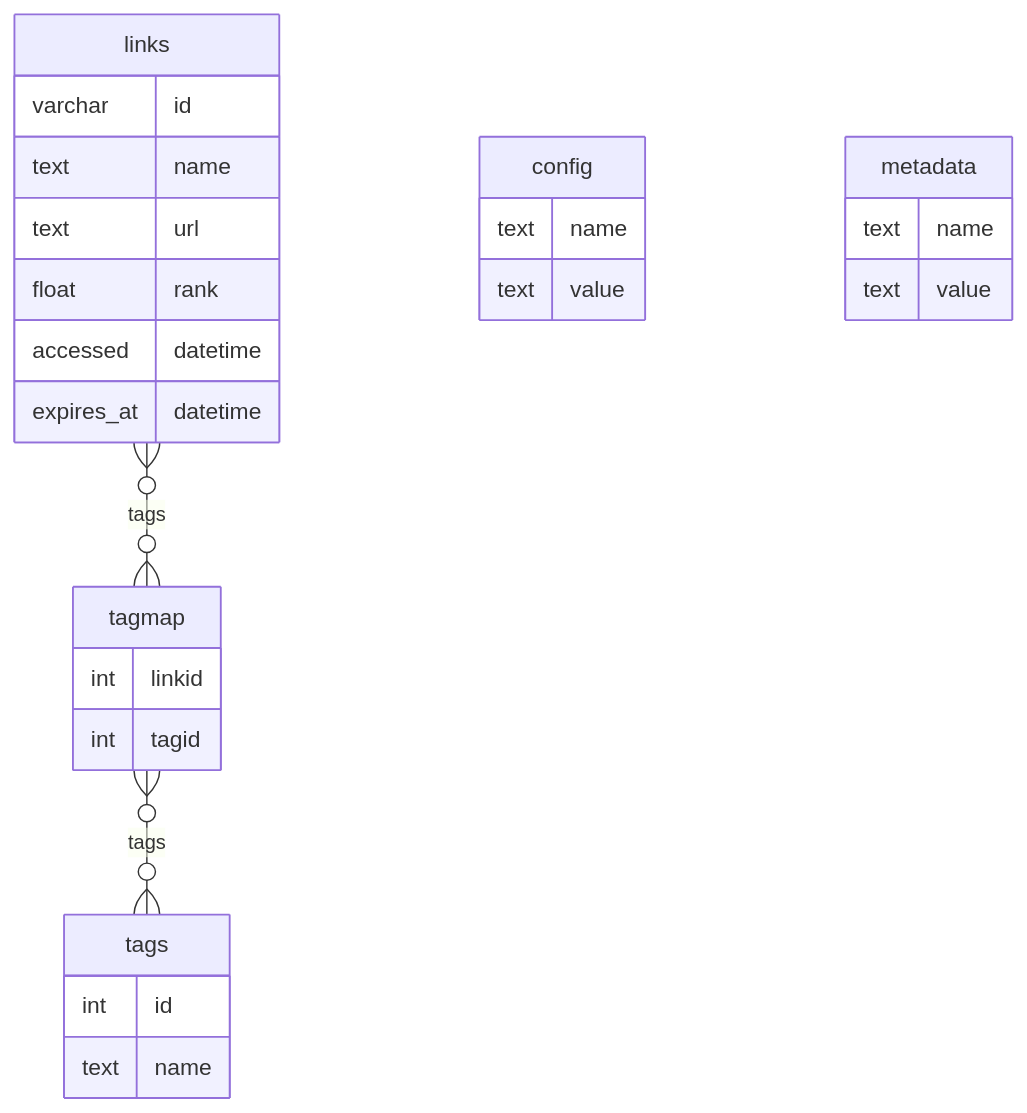
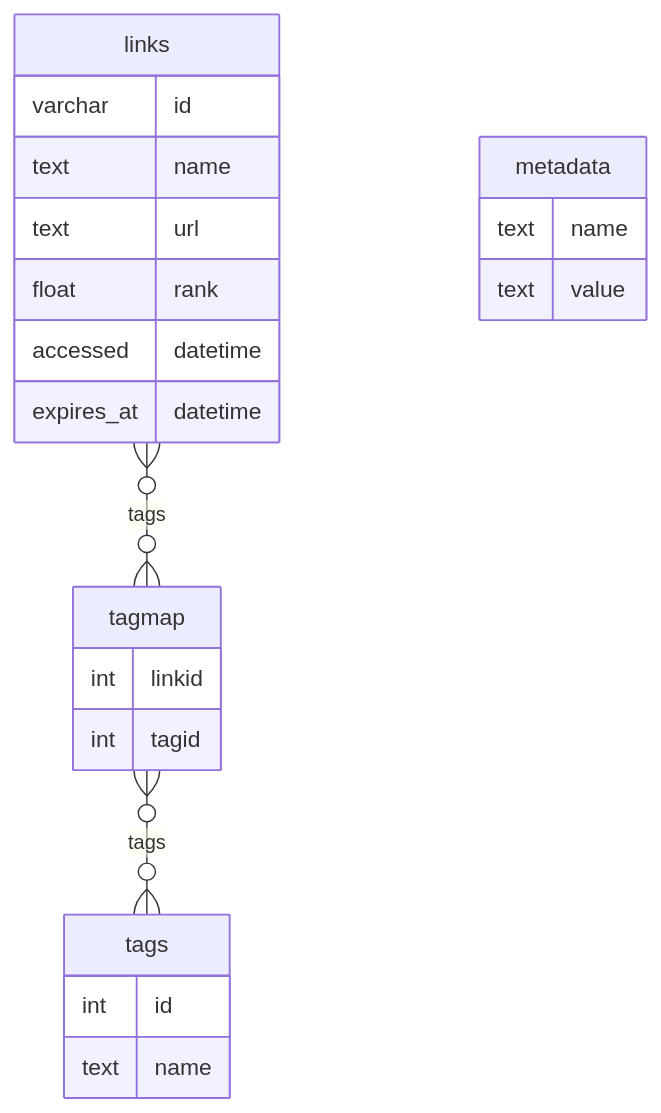
Before and after one commit to brandonleon/StartPage: the diagram in dbschema.md, drawn with Mermaid. The commit also changed other lines of this file and 13 other files, not shown here.

````diff
--- a/dbschema.md
+++ b/dbschema.md
@@ -5,36 +5,30 @@
 ``` mermaid
 erDiagram
     links }o--o{ tagmap : tags
     tagmap }o--o{ tags : tags
-    config
     metadata
 
     links {
         varchar id
         text name
         text url
         float rank
         accessed datetime
         expires_at datetime
-    }
-
-    config {
-        text name
-        text value
     }
 
     metadata {
         text name
         text value
     }
 
     tagmap {
         int linkid
         int tagid
     }
 
     tags {
         int id
         text name
     }
 ```
````
